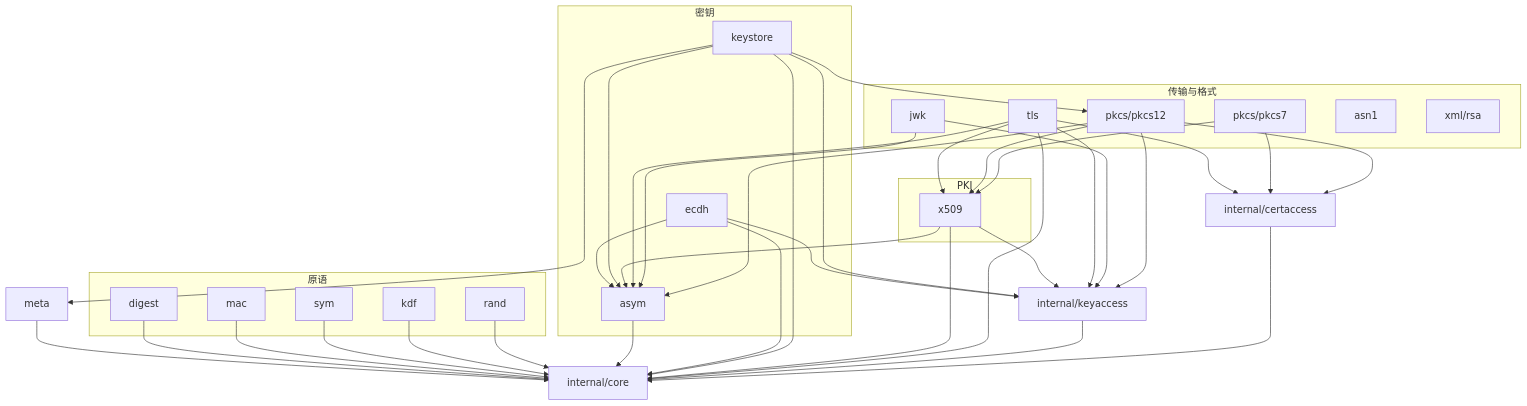
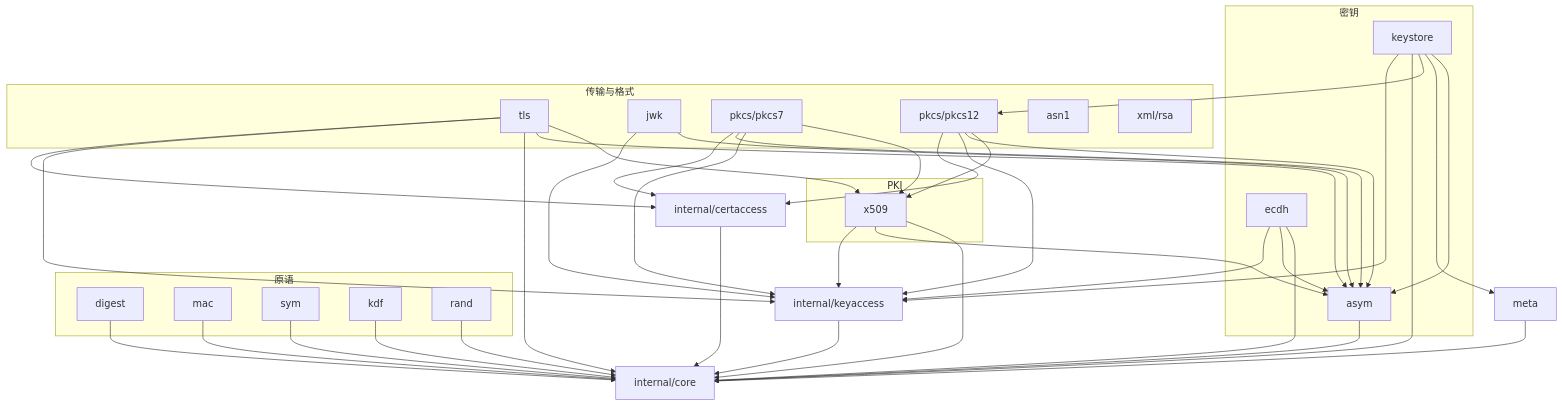
One commit to blue-cloud-net/tongsuo-go changed the diagram in docs/architecture.md. Above: the diagram before and after it, drawn with Mermaid. The commit also changed other lines of this file and 13 other files, not shown here.

Commit message:
docs(architecture): 同步 0.7 实现与迁移说明

````diff
--- a/docs/architecture.md
+++ b/docs/architecture.md
@@ -55,63 +55,65 @@
 ```mermaid
 graph TD
   subgraph 原语
     digest
     mac
     sym
     kdf
     rand
   end
   subgraph 密钥
     asym
     ecdh
     keystore
   end
   subgraph PKI
     x509
   end
   subgraph 传输与格式
     tls
     jwk
     pkcs7["pkcs/pkcs7"]
     pkcs12["pkcs/pkcs12"]
     asn1
     xmlrsa["xml/rsa"]
   end
   core["internal/core"]
   keyaccess["internal/keyaccess"]
   certaccess["internal/certaccess"]
 
   meta --> core
   digest --> core
   mac --> core
   sym --> core
   kdf --> core
   rand --> core
   asym --> core
   ecdh --> core
   ecdh --> asym
   keystore --> asym
   keystore --> meta
   keystore --> pkcs12
   keystore --> core
   x509 --> core
   x509 --> asym
   tls --> x509
   tls --> asym
   tls --> core
   jwk --> asym
   pkcs12 --> x509
   pkcs12 --> asym
   pkcs7 --> x509
   ecdh --> keyaccess
   x509 --> keyaccess
   tls --> keyaccess
   jwk --> keyaccess
   keystore --> keyaccess
   pkcs12 --> keyaccess
+  pkcs7 --> keyaccess
+  pkcs7 --> asym
   tls --> certaccess
   pkcs7 --> certaccess
   pkcs12 --> certaccess
   keyaccess --> core
   certaccess --> core
 ```
````
